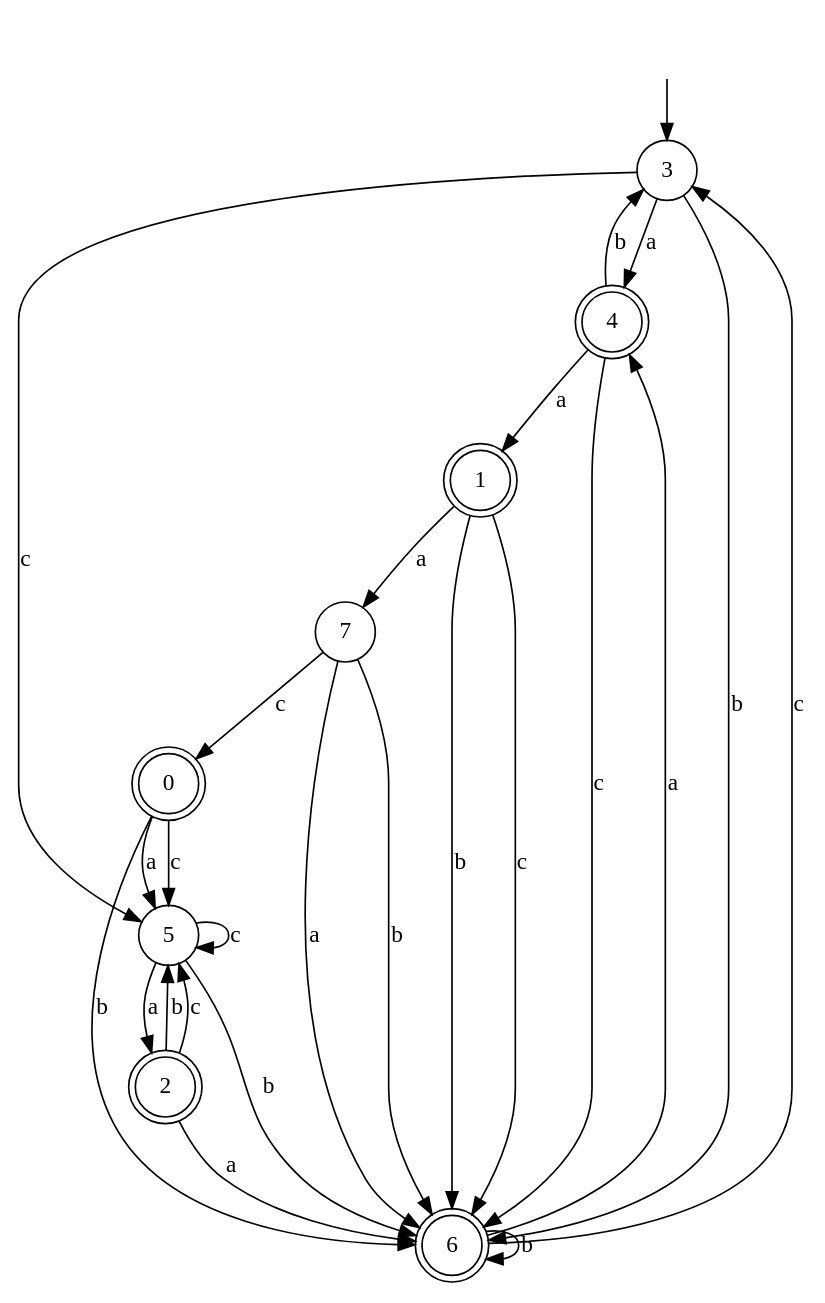
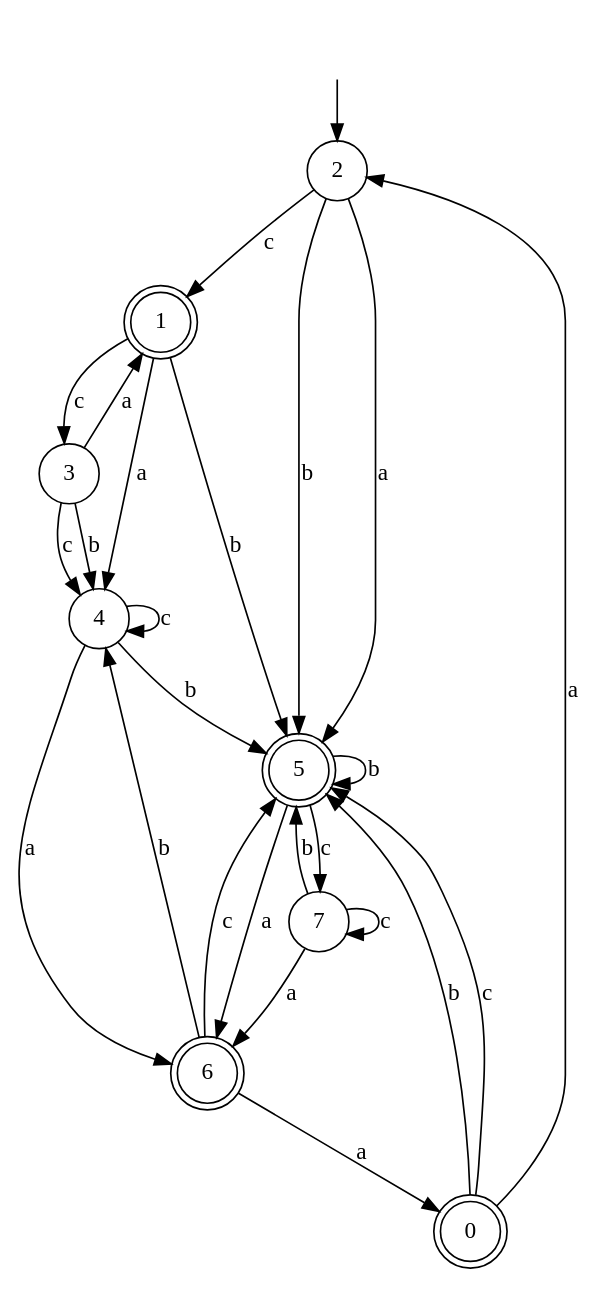
One commit to brodias/Couting-Words-for-Learning-DFAs changed the diagram in Result/Result_Heuristic_Approximation/Summary28/DFAs/Start_dfa_28_n_8_test_4.dot. Above: the diagram before and after it, drawn with Graphviz. The commit also changed 646 other files, not shown here.

```diff
--- a/Result/Result_Heuristic_Approximation/Summary28/DFAs/Start_dfa_28_n_8_test_4.dot
+++ b/Result/Result_Heuristic_Approximation/Summary28/DFAs/Start_dfa_28_n_8_test_4.dot
@@ -1,37 +1,37 @@
 digraph g {
 __start [label=""shape=none]
-	3[shape="circle" label="3"]
+	2[shape="circle" label="2"]
 	0[shape="doublecircle" label="0"]
 	1[shape="doublecircle" label="1"]
-	2[shape="doublecircle" label="2"]
-	4[shape="doublecircle" label="4"]
-	5[shape="circle" label="5"]
+	3[shape="circle" label="3"]
+	4[shape="circle" label="4"]
+	5[shape="doublecircle" label="5"]
 	6[shape="doublecircle" label="6"]
 	7[shape="circle" label="7"]
 
-__start -> 3
-	0 -> 5 [label="a"]
-	0 -> 6 [label="b"]
+__start -> 2
+	0 -> 2 [label="a"]
+	0 -> 5 [label="b"]
 	0 -> 5 [label="c"]
-	1 -> 7 [label="a"]
-	1 -> 6 [label="b"]
-	1 -> 6 [label="c"]
-	2 -> 6 [label="a"]
+	1 -> 4 [label="a"]
+	1 -> 5 [label="b"]
+	1 -> 3 [label="c"]
+	2 -> 5 [label="a"]
 	2 -> 5 [label="b"]
-	2 -> 5 [label="c"]
-	3 -> 4 [label="a"]
-	3 -> 6 [label="b"]
-	3 -> 5 [label="c"]
-	4 -> 1 [label="a"]
-	4 -> 3 [label="b"]
-	4 -> 6 [label="c"]
-	5 -> 2 [label="a"]
-	5 -> 6 [label="b"]
-	5 -> 5 [label="c"]
-	6 -> 4 [label="a"]
-	6 -> 6 [label="b"]
-	6 -> 3 [label="c"]
+	2 -> 1 [label="c"]
+	3 -> 1 [label="a"]
+	3 -> 4 [label="b"]
+	3 -> 4 [label="c"]
+	4 -> 6 [label="a"]
+	4 -> 5 [label="b"]
+	4 -> 4 [label="c"]
+	5 -> 6 [label="a"]
+	5 -> 5 [label="b"]
+	5 -> 7 [label="c"]
+	6 -> 0 [label="a"]
+	6 -> 4 [label="b"]
+	6 -> 5 [label="c"]
 	7 -> 6 [label="a"]
-	7 -> 6 [label="b"]
-	7 -> 0 [label="c"]
+	7 -> 5 [label="b"]
+	7 -> 7 [label="c"]
 }
```
